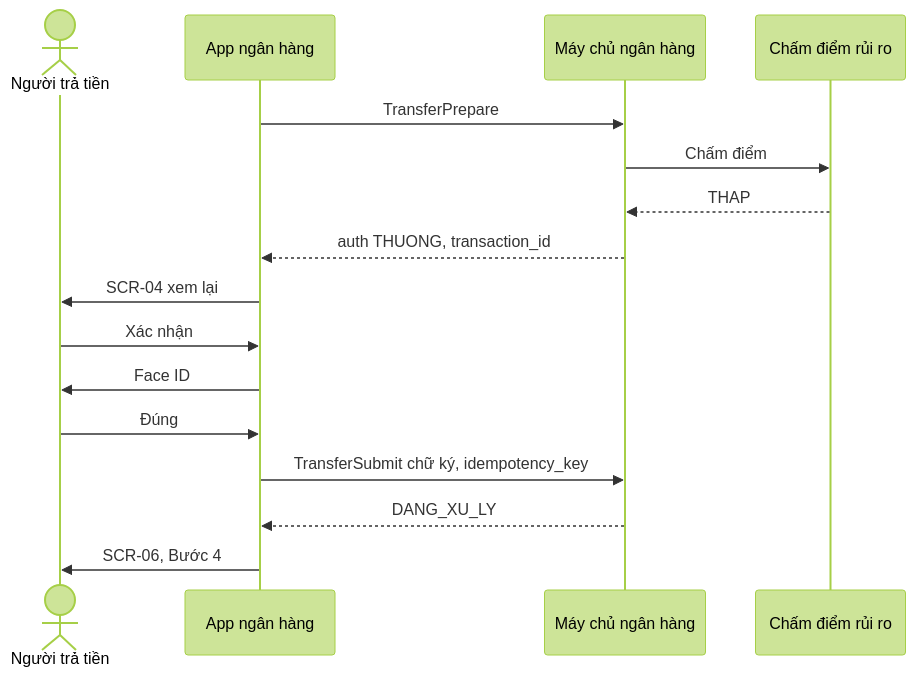
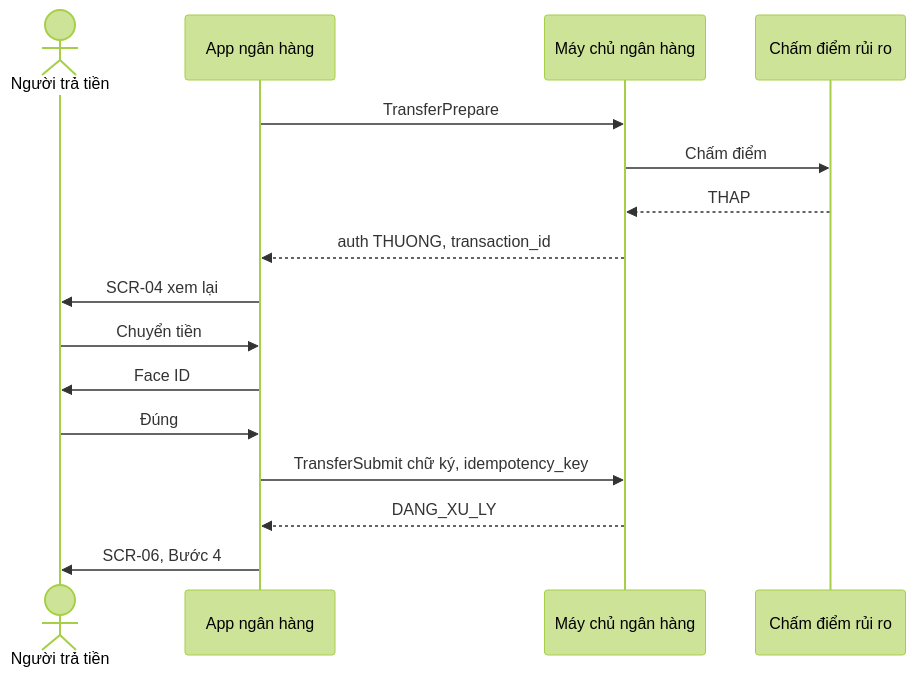
One commit to uxfoundation-vn/de04-chuyen-khoan-qr changed diagram 12 of 13 in docs/SRS.md. Above: the diagram before and after it, drawn with Mermaid (forest theme). The commit also changed other lines of this file and 2 other files, not shown here.

First line of the commit message:
Đề 4: bấm Xác nhận ở màn chọn số tiền rồi mới xem lại giao dịch

````diff
--- a/docs/SRS.md
+++ b/docs/SRS.md
@@ -745,18 +745,18 @@
 ```mermaid
 sequenceDiagram
   actor N as Người trả tiền
   participant App as App ngân hàng
   participant API as Máy chủ ngân hàng
   participant R as Chấm điểm rủi ro
   App->>API: TransferPrepare
   API->>R: Chấm điểm
   R-->>API: THAP
   API-->>App: auth THUONG, transaction_id
   App->>N: SCR-04 xem lại
-  N->>App: Xác nhận
+  N->>App: Chuyển tiền
   App->>N: Face ID
   N->>App: Đúng
   App->>API: TransferSubmit chữ ký, idempotency_key
   API-->>App: DANG_XU_LY
   App->>N: SCR-06, Bước 4
 ```
````
